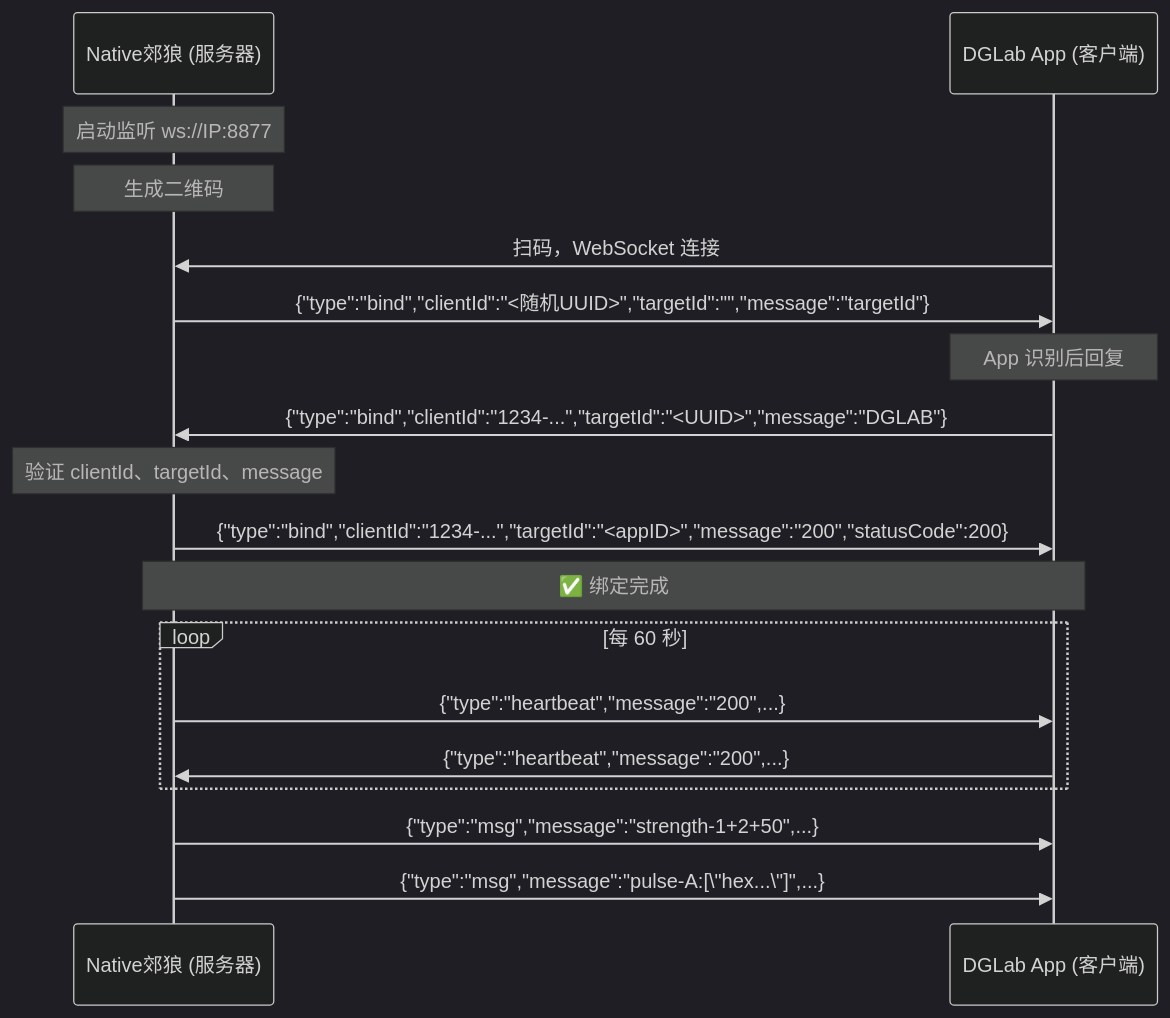
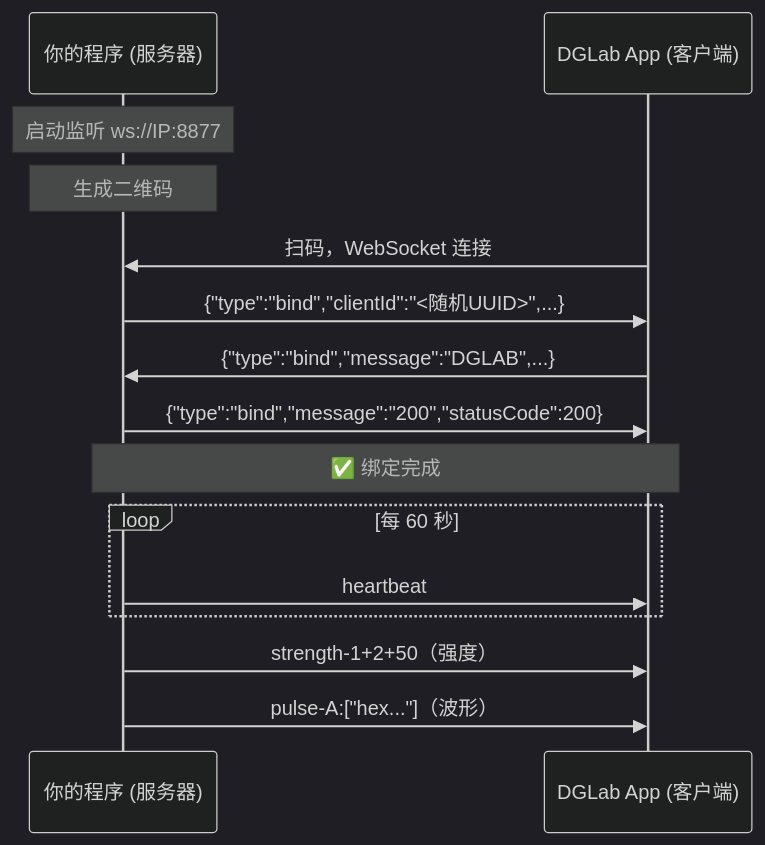
The diagram in README.md (WmxStars/DGLab_Native_ImGui), drawn with Mermaid (dark theme) before and after one commit. The commit also changed other lines of this file and 3 other files, not shown here.

````diff
--- a/README.md
+++ b/README.md
@@ -132,29 +262,22 @@
 ```mermaid
 sequenceDiagram
-    participant S as Native郊狼 (服务器)
+    participant S as 你的程序 (服务器)
     participant A as DGLab App (客户端)
 
     Note over S: 启动监听 ws://IP:8877
     Note over S: 生成二维码
 
     A->>S: 扫码，WebSocket 连接
-    S->>A: {"type":"bind","clientId":"<随机UUID>","targetId":"","message":"targetId"}
-
-    Note over A: App 识别后回复
-
-    A->>S: {"type":"bind","clientId":"1234-...","targetId":"<UUID>","message":"DGLAB"}
-
-    Note over S: 验证 clientId、targetId、message
-
-    S->>A: {"type":"bind","clientId":"1234-...","targetId":"<appID>","message":"200","statusCode":200}
+    S->>A: {"type":"bind","clientId":"<随机UUID>",...}
+    A->>S: {"type":"bind","message":"DGLAB",...}
+    S->>A: {"type":"bind","message":"200","statusCode":200}
 
     Note over S,A: ✅ 绑定完成
 
     loop 每 60 秒
-        S->>A: {"type":"heartbeat","message":"200",...}
-        A->>S: {"type":"heartbeat","message":"200",...}
+        S->>A: heartbeat
     end
 
-    S->>A: {"type":"msg","message":"strength-1+2+50",...}
-    S->>A: {"type":"msg","message":"pulse-A:[\"hex...\"]",...}
+    S->>A: strength-1+2+50（强度）
+    S->>A: pulse-A:["hex..."]（波形）
 ```
````
